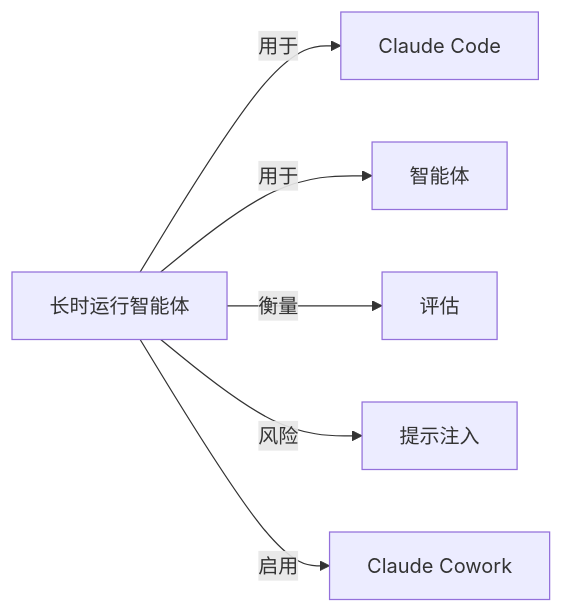
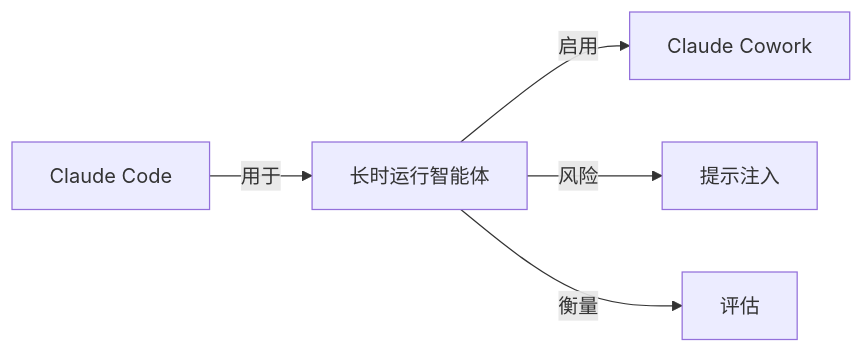
Before and after one commit to yibie/claude-best-practices-zh: the diagram in wiki/长时运行智能体.md, drawn with Mermaid. The commit also changed other lines of this file and 407 other files, not shown here.

Commit message:
feat: DeepSeek 三遍审校（译文/关系/图谱）+ 可部署静态站点

````diff
--- a/wiki/长时运行智能体.md
+++ b/wiki/长时运行智能体.md
@@ -46,9 +46,8 @@
 ```mermaid
 graph LR
   C["长时运行智能体"]
-  C -->|用于| N0["Claude Code"]
-  C -->|用于| N1["智能体"]
-  C -->|衡量| N2["评估"]
-  C -->|风险| N3["提示注入"]
-  C -->|启用| N4["Claude Cowork"]
+  N0["Claude Code"] -->|用于| C
+  C -->|启用| N1["Claude Cowork"]
+  C -->|风险| N2["提示注入"]
+  C -->|衡量| N3["评估"]
 ```
````
